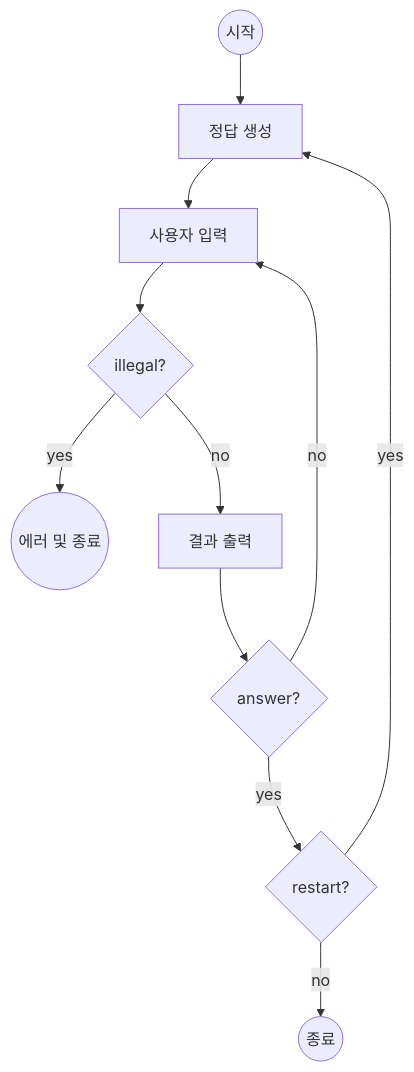
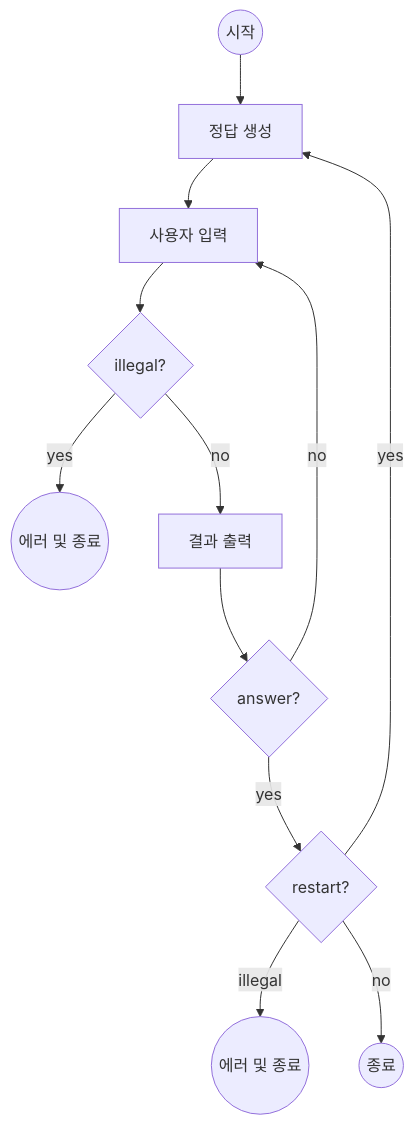
One commit to woowacourse-precourse/java-baseball-6 changed the diagram in docs/README.md. Above: the diagram before and after it, drawn with Mermaid. The commit also changed other lines of this file, not shown here.

````diff
--- a/docs/README.md
+++ b/docs/README.md
@@ -7,13 +8,14 @@
 ```mermaid
 flowchart TB
 START((시작)) --> A
 A[정답 생성] --> B[사용자 입력] --> C
 C{illegal?} --> |yes|D;
 C --> |no|E;
 D((에러 및 종료))
 E[결과 출력] --> F{answer?}
 F --> |no|B;
 F --> |yes|G;
 G{restart?} --> |yes|A;
+G --> |illegal|I((에러 및 종료));
 G --> |no|H((종료));
 ```
````
